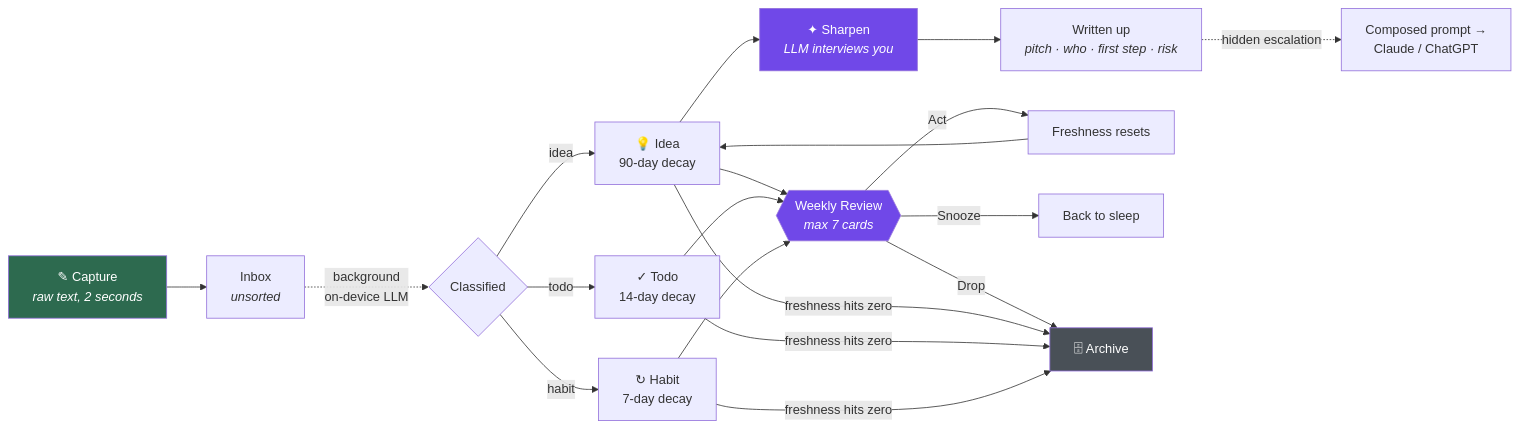
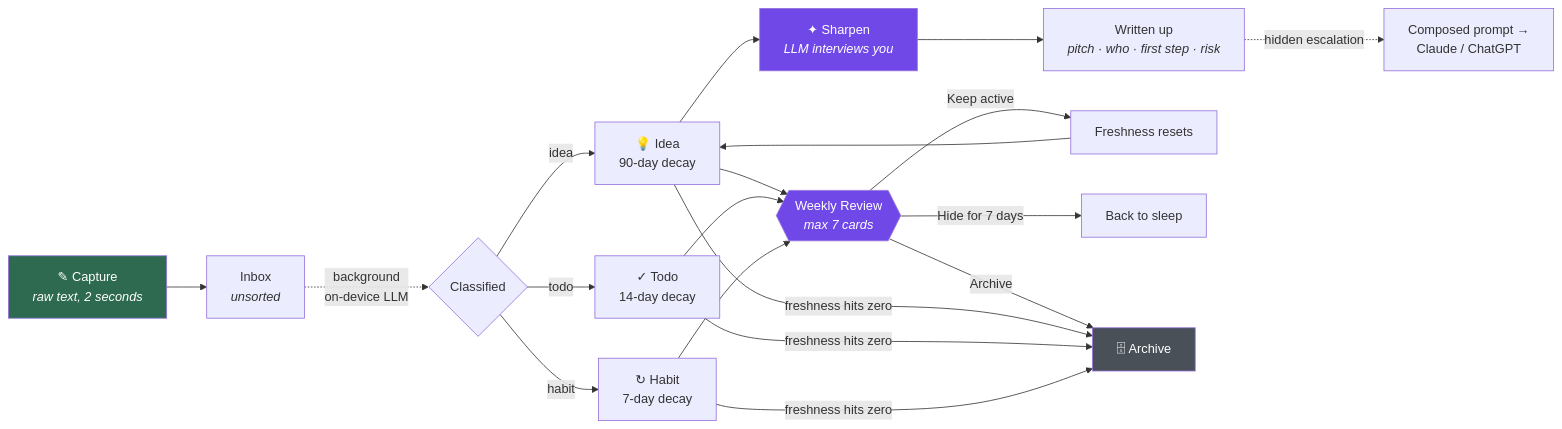
One commit to Himir-Desai/Fleeting changed the first of 2 diagrams in README.md. Above: the diagram before and after it, drawn with Mermaid. The commit also changed other lines of this file and 246 other files, not shown here.

````diff
--- a/README.md
+++ b/README.md
@@ -60,24 +63,24 @@
 ```mermaid
 flowchart LR
     A["✎ Capture<br/><i>raw text, 2 seconds</i>"] --> B["Inbox<br/><i>unsorted</i>"]
     B -.->|"background<br/>on-device LLM"| C{Classified}
     C -->|idea| D["💡 Idea<br/>90-day decay"]
     C -->|todo| E["✓ Todo<br/>14-day decay"]
     C -->|habit| F["↻ Habit<br/>7-day decay"]
 
     D --> G["✦ Sharpen<br/><i>LLM interviews you</i>"]
     G --> H["Written up<br/><i>pitch · who · first step · risk</i>"]
     H -.->|hidden escalation| I["Composed prompt →<br/>Claude / ChatGPT"]
 
     D & E & F --> J{{"Weekly Review<br/><i>max 7 cards</i>"}}
-    J -->|Act| K["Freshness resets"]
-    J -->|Snooze| L["Back to sleep"]
-    J -->|Drop| M["🗄 Archive"]
+    J -->|Keep active| K["Freshness resets"]
+    J -->|Hide for 7 days| L["Back to sleep"]
+    J -->|Archive| M["🗄 Archive"]
     D & E & F -->|freshness hits zero| M
     K --> D
 
     style A fill:#2d6a4f,color:#fff
     style M fill:#495057,color:#fff
     style J fill:#7048e8,color:#fff
     style G fill:#7048e8,color:#fff
 ```
````
